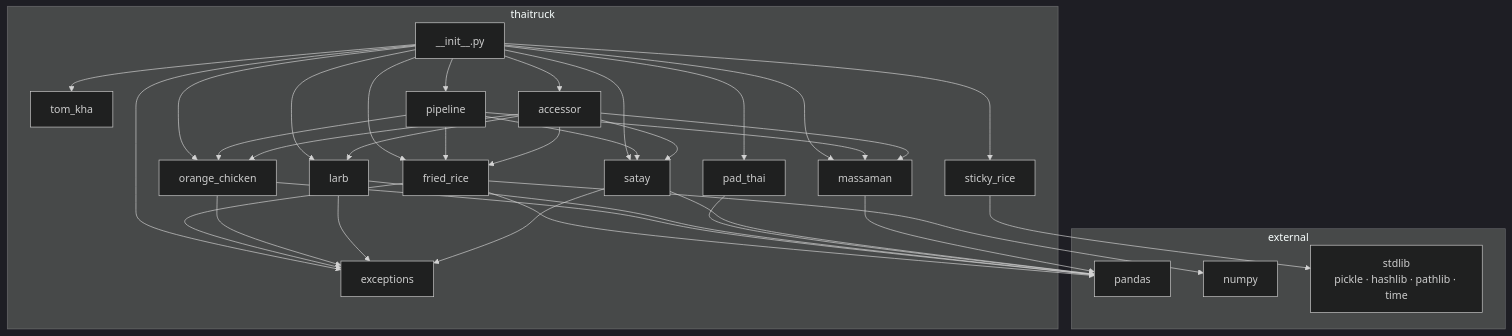
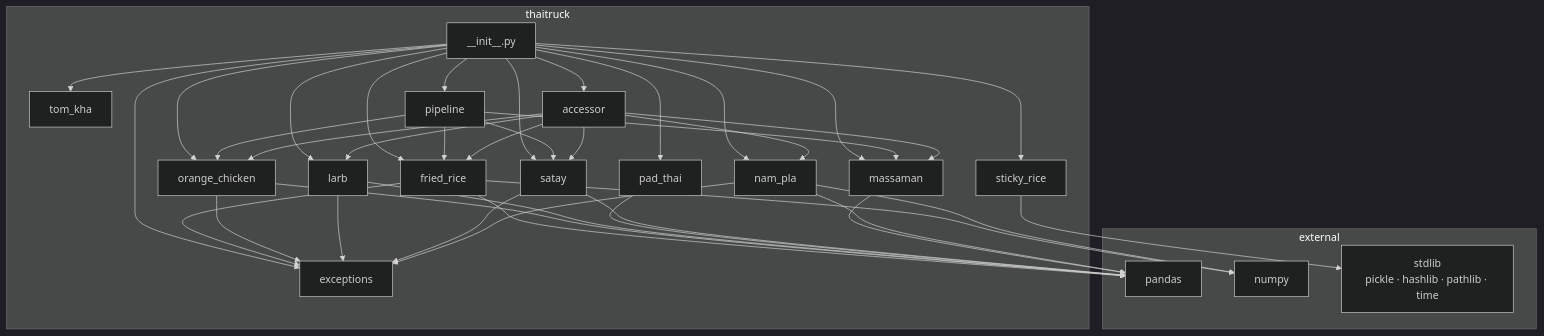
The first of 4 diagrams in ARCHITECTURE.md (sgtidwellgit/ThaiTruck), drawn with Mermaid (dark theme) before and after one commit. The commit also changed other lines of this file and 8 other files, not shown here.

First line of the commit message:
Add nam_pla schema validation, merging in the former nam_prik concept

````diff
--- a/ARCHITECTURE.md
+++ b/ARCHITECTURE.md
@@ -64,59 +67,65 @@
 ```mermaid
 graph TD
     subgraph thaitruck
         FR[fried_rice]
         OC[orange_chicken]
         LB[larb]
         PT[pad_thai]
         SR[sticky_rice]
         ST[satay]
         TK[tom_kha]
         MM[massaman]
+        NP_[nam_pla]
         EX[exceptions]
         PIPE[pipeline]
         ACC[accessor]
         INIT[__init__.py]
     end
 
     subgraph external
         PD[pandas]
         NP[numpy]
         SL[stdlib<br/>pickle · hashlib · pathlib · time]
     end
 
     INIT --> FR
     INIT --> OC
     INIT --> LB
     INIT --> PT
     INIT --> SR
     INIT --> ST
     INIT --> TK
     INIT --> MM
+    INIT --> NP_
     INIT --> EX
     INIT --> PIPE
     INIT --> ACC
 
     FR --> PD
     FR --> NP
     FR --> EX
     OC --> PD
     OC --> EX
     LB --> PD
     LB --> EX
     PT --> PD
     SR --> SL
     ST --> PD
     ST --> EX
     MM --> PD
+    NP_ --> PD
+    NP_ --> NP
+    NP_ --> EX
 
     PIPE --> FR
     PIPE --> OC
     PIPE --> ST
     PIPE --> MM
 
     ACC --> FR
     ACC --> OC
     ACC --> LB
     ACC --> ST
     ACC --> MM
+    ACC --> NP_
 ```
````
